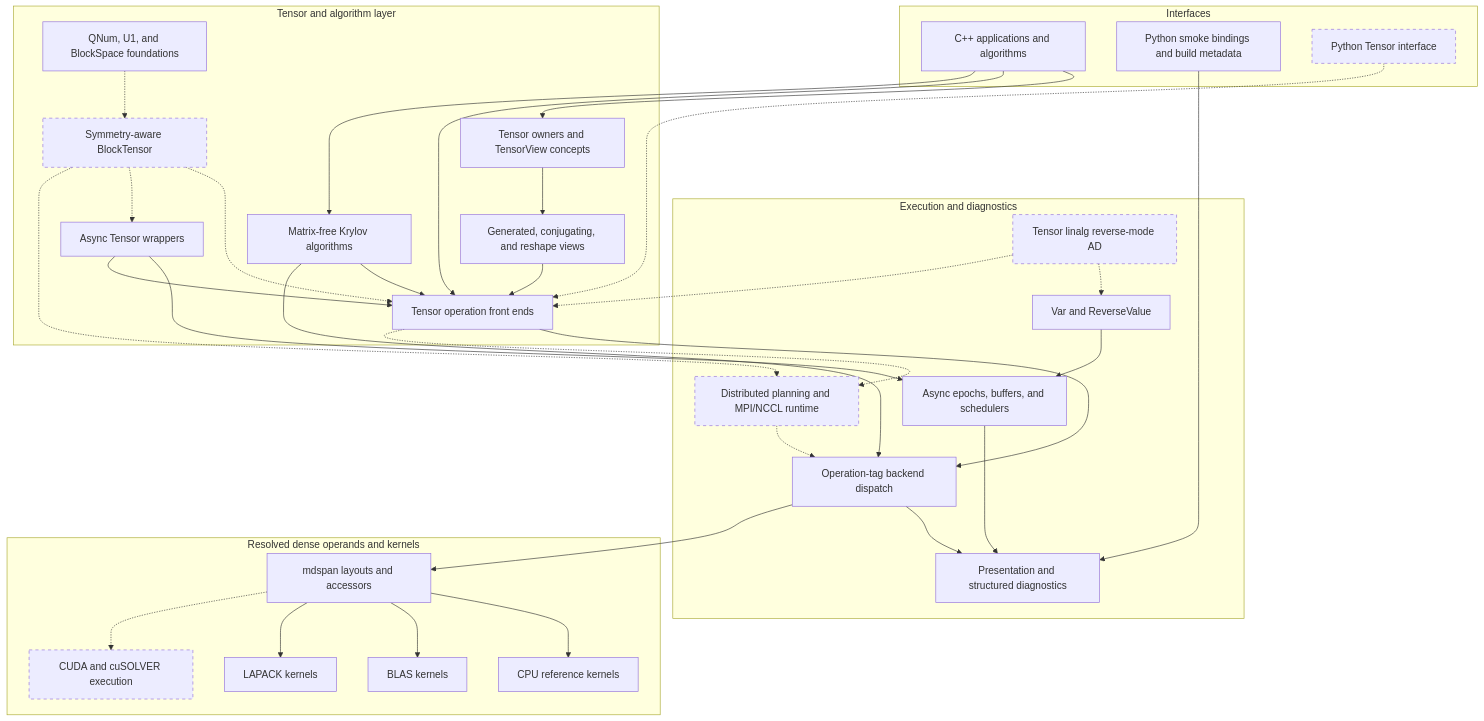
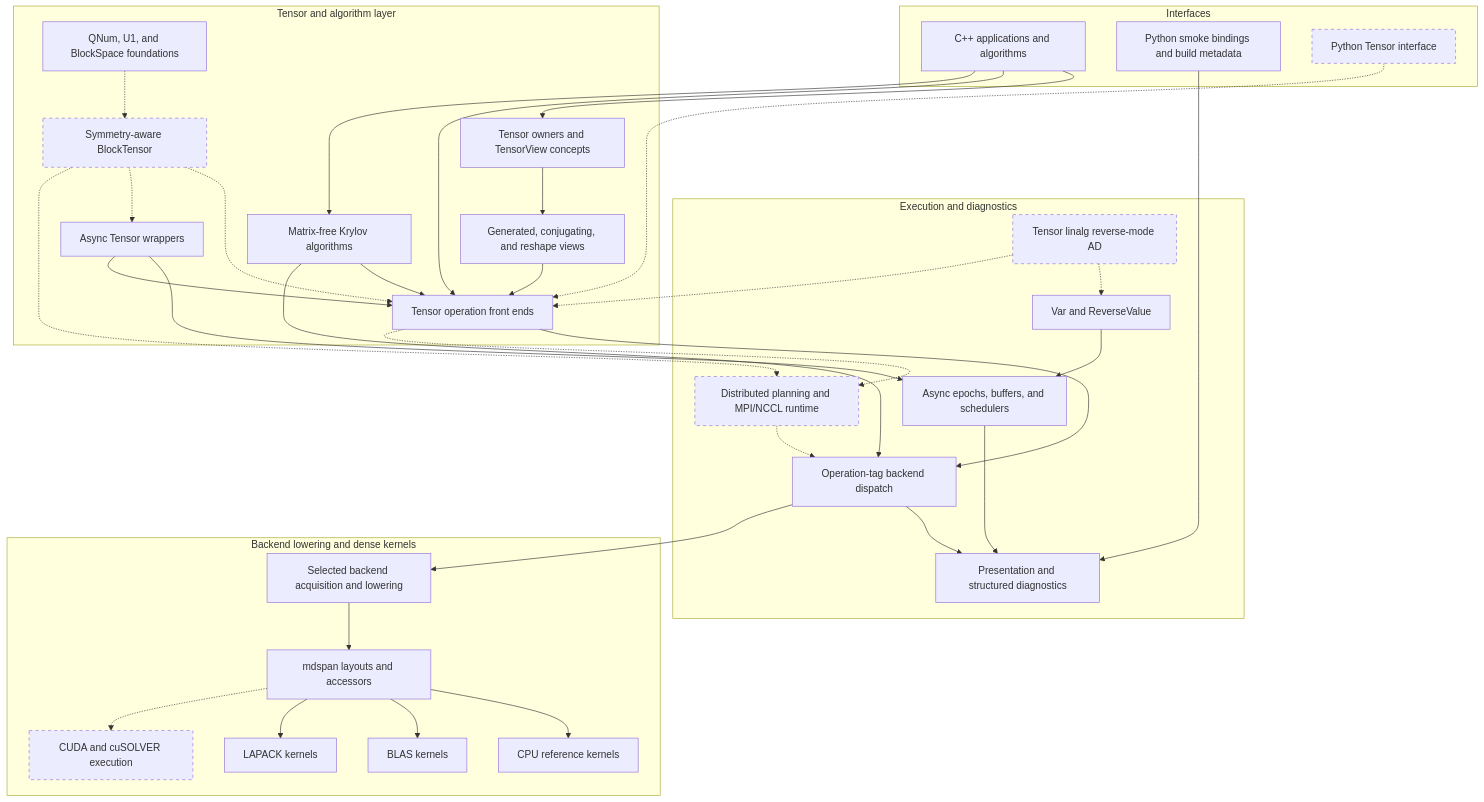
Before and after one commit to ianmccul/uni20: the diagram in docs/architecture/overview.md, drawn with Mermaid. The commit also changed other lines of this file and 12 other files, not shown here.

Commit message:
Dispatch copy kernels over tensor views

````diff
--- a/docs/architecture/overview.md
+++ b/docs/architecture/overview.md
@@ -9,74 +9,76 @@
 ```mermaid
 graph TD
     subgraph Interfaces
         Cpp[C++ applications and algorithms]
         PySmoke[Python smoke bindings and build metadata]
         PyTensor[Python Tensor interface]
     end
 
     subgraph TensorLayer[Tensor and algorithm layer]
         Tensor[Tensor owners and TensorView concepts]
         Views[Generated, conjugating, and reshape views]
         TensorOps[Tensor operation front ends]
         AsyncOps[Async Tensor wrappers]
         Krylov[Matrix-free Krylov algorithms]
         Symmetry[QNum, U1, and BlockSpace foundations]
         BlockTensor[Symmetry-aware BlockTensor]
     end
 
     subgraph Execution[Execution and diagnostics]
         Dispatch[Operation-tag backend dispatch]
         Async[Async epochs, buffers, and schedulers]
         AD[Var and ReverseValue]
         TensorAD[Tensor linalg reverse-mode AD]
         Distributed[Distributed planning and MPI/NCCL runtime]
         Presentation[Presentation and structured diagnostics]
     end
 
-    subgraph Leaf[Resolved dense operands and kernels]
+    subgraph Leaf[Backend lowering and dense kernels]
+        Lower[Selected backend acquisition and lowering]
         Mdspan[mdspan layouts and accessors]
         Cpu[CPU reference kernels]
         Blas[BLAS kernels]
         Lapack[LAPACK kernels]
         Cuda[CUDA and cuSOLVER execution]
     end
 
     Cpp --> Tensor
     Cpp --> TensorOps
     Cpp --> Krylov
     PySmoke --> Presentation
     PyTensor -.-> TensorOps
 
     Tensor --> Views
     Views --> TensorOps
     TensorOps --> Dispatch
     TensorOps -.-> Distributed
     Krylov --> TensorOps
     Krylov --> Dispatch
 
     AsyncOps --> Async
     AsyncOps --> TensorOps
     Async --> Presentation
     Dispatch --> Presentation
     AD --> Async
     TensorAD -.-> AD
     TensorAD -.-> TensorOps
 
-    Dispatch --> Mdspan
+    Dispatch --> Lower
+    Lower --> Mdspan
     Mdspan --> Cpu
     Mdspan --> Blas
     Mdspan --> Lapack
     Mdspan -.-> Cuda
     Distributed -.-> Dispatch
 
     Symmetry -.-> BlockTensor
     BlockTensor -.-> TensorOps
     BlockTensor -.-> AsyncOps
     BlockTensor -.-> Distributed
 
     style PyTensor stroke-dasharray: 5 5
     style TensorAD stroke-dasharray: 5 5
     style BlockTensor stroke-dasharray: 5 5
     style Cuda stroke-dasharray: 5 5
     style Distributed stroke-dasharray: 5 5
 ```
````
